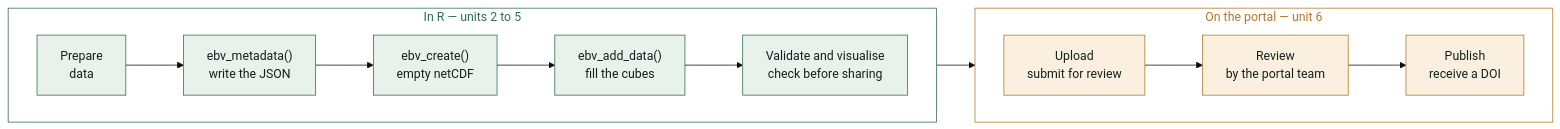
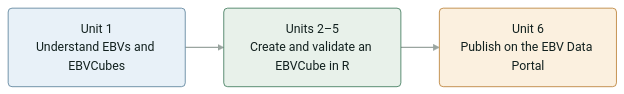
The diagram in tutorial/index.qmd (EBVcube/EBV_resources), drawn with Mermaid (base theme) before and after one commit. The commit also changed other lines of this file and 13 other files, not shown here.

````diff
--- a/tutorial/index.qmd
+++ b/tutorial/index.qmd
@@ -89,23 +97,16 @@
 ```{mermaid}
 %%| echo: false
+%%{init: {"flowchart": {"htmlLabels": false}} }%%
 flowchart LR
-  subgraph inR["In R — units 2 to 5"]
-    direction LR
-    A["Prepare<br/>data"] --> B["ebv_metadata()<br/>write the JSON"]
-    B --> C["ebv_create()<br/>empty netCDF"]
-    C --> D["ebv_add_data()<br/>fill the cubes"]
-    D --> E["Validate and visualise<br/>check before sharing"]
-  end
-  subgraph onP["On the portal — unit 6"]
-    direction LR
-    F["Upload<br/>submit for review"] --> G["Review<br/>by the portal team"]
-    G --> H["Publish<br/>receive a DOI"]
-  end
-  E --> F
-  classDef rstep fill:#E8F1EA,stroke:#2F6F4E,color:#12211F
-  classDef pstep fill:#FBF0DF,stroke:#B57728,color:#12211F
-  class A,B,C,D,E rstep
-  class F,G,H pstep
-  style inR fill:#FFFFFF,stroke:#2F6F4E,color:#2F6F4E
-  style onP fill:#FFFFFF,stroke:#B57728,color:#B57728
+  A("Unit 1<br/>Understand EBVs and EBVCubes")
+  B("Units 2–5<br/>Create and validate an EBVCube in R")
+  C("Unit 6<br/>Publish on the EBV Data Portal")
+  A --> B --> C
+  classDef concept fill:#E8F1F8,stroke:#4E7894,color:#12211F
+  classDef rstep   fill:#E8F1EA,stroke:#2F6F4E,color:#12211F
+  classDef pstep   fill:#FBF0DF,stroke:#B57728,color:#12211F
+  class A concept
+  class B rstep
+  class C pstep
+  linkStyle default stroke:#9AA5A0,stroke-width:1.5px
 ```
````
